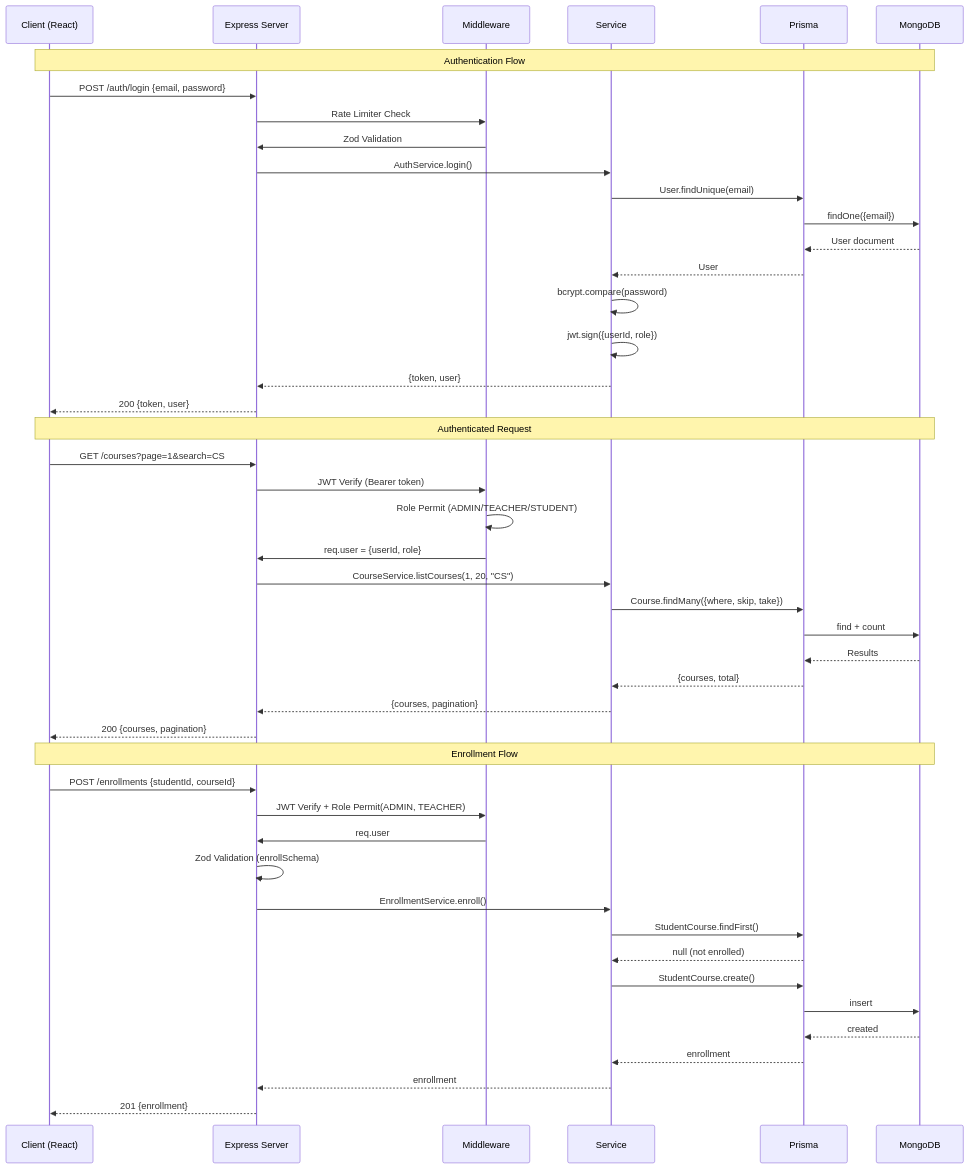
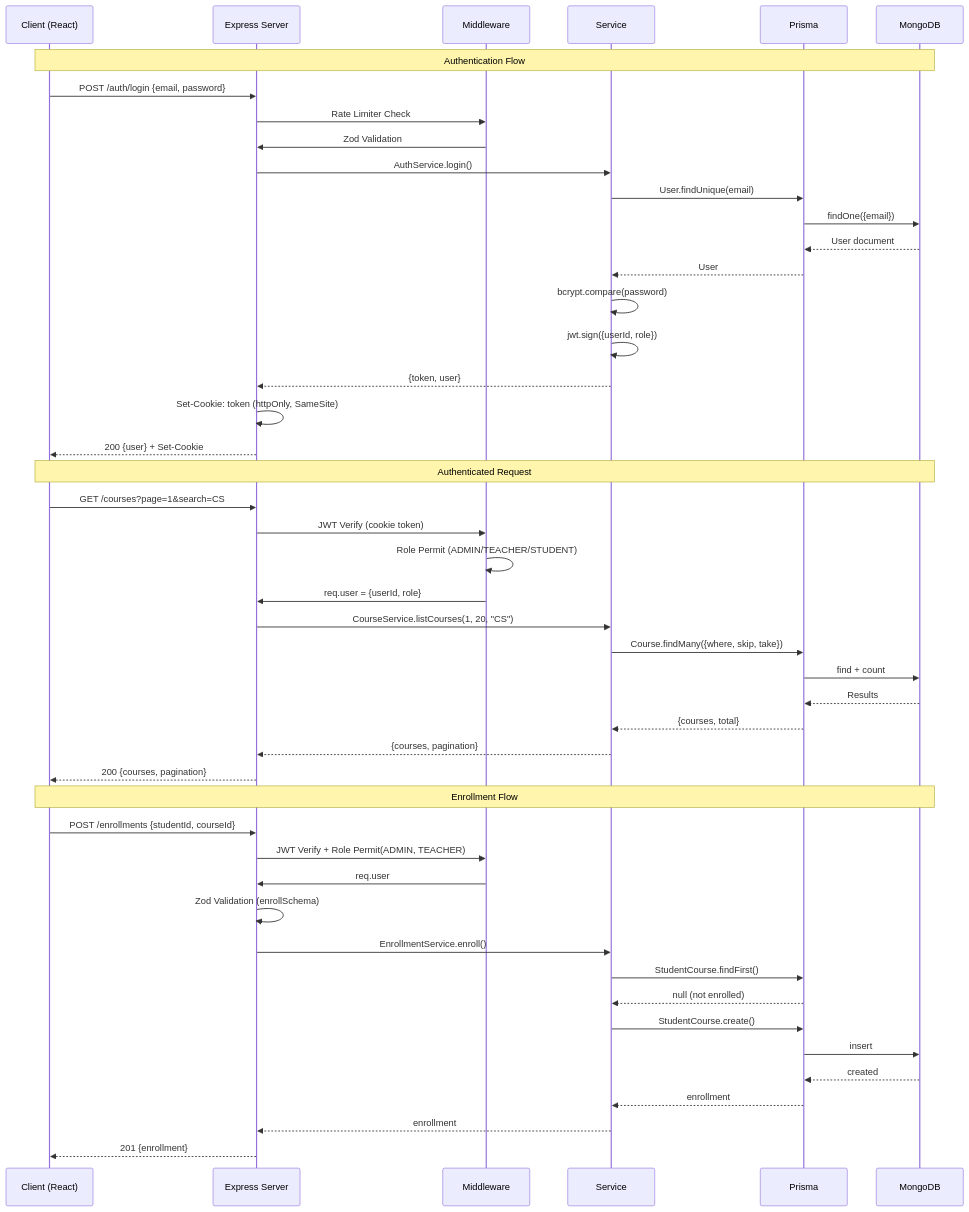
Before and after one commit to Sushantmg/college-management-system: the third of 4 diagrams in README.md, drawn with Mermaid. The commit also changed other lines of this file, not shown here.

Commit message:
docs: document httpOnly cookie auth flow

````diff
--- a/README.md
+++ b/README.md
@@ -275,51 +275,52 @@
 ```mermaid
 sequenceDiagram
     participant C as Client (React)
     participant E as Express Server
     participant M as Middleware
     participant S as Service
     participant P as Prisma
     participant D as MongoDB
 
     Note over C,D: Authentication Flow
     C->>E: POST /auth/login {email, password}
     E->>M: Rate Limiter Check
     M->>E: Zod Validation
     E->>S: AuthService.login()
     S->>P: User.findUnique(email)
     P->>D:findOne({email})
     D-->>P: User document
     P-->>S: User
     S->>S: bcrypt.compare(password)
     S->>S: jwt.sign({userId, role})
     S-->>E: {token, user}
-    E-->>C: 200 {token, user}
+    E->>E: Set-Cookie: token (httpOnly, SameSite)
+    E-->>C: 200 {user} + Set-Cookie
 
     Note over C,D: Authenticated Request
     C->>E: GET /courses?page=1&search=CS
-    E->>M: JWT Verify (Bearer token)
+    E->>M: JWT Verify (cookie token)
     M->>M: Role Permit (ADMIN/TEACHER/STUDENT)
     M->>E: req.user = {userId, role}
     E->>S: CourseService.listCourses(1, 20, "CS")
     S->>P: Course.findMany({where, skip, take})
     P->>D: find + count
     D-->>P: Results
     P-->>S: {courses, total}
     S-->>E: {courses, pagination}
     E-->>C: 200 {courses, pagination}
 
     Note over C,D: Enrollment Flow
     C->>E: POST /enrollments {studentId, courseId}
     E->>M: JWT Verify + Role Permit(ADMIN, TEACHER)
     M->>E: req.user
     E->>E: Zod Validation (enrollSchema)
     E->>S: EnrollmentService.enroll()
     S->>P: StudentCourse.findFirst()
     P-->>S: null (not enrolled)
     S->>P: StudentCourse.create()
     P->>D: insert
     D-->>P: created
     P-->>S: enrollment
     S-->>E: enrollment
     E-->>C: 201 {enrollment}
 ```
````
